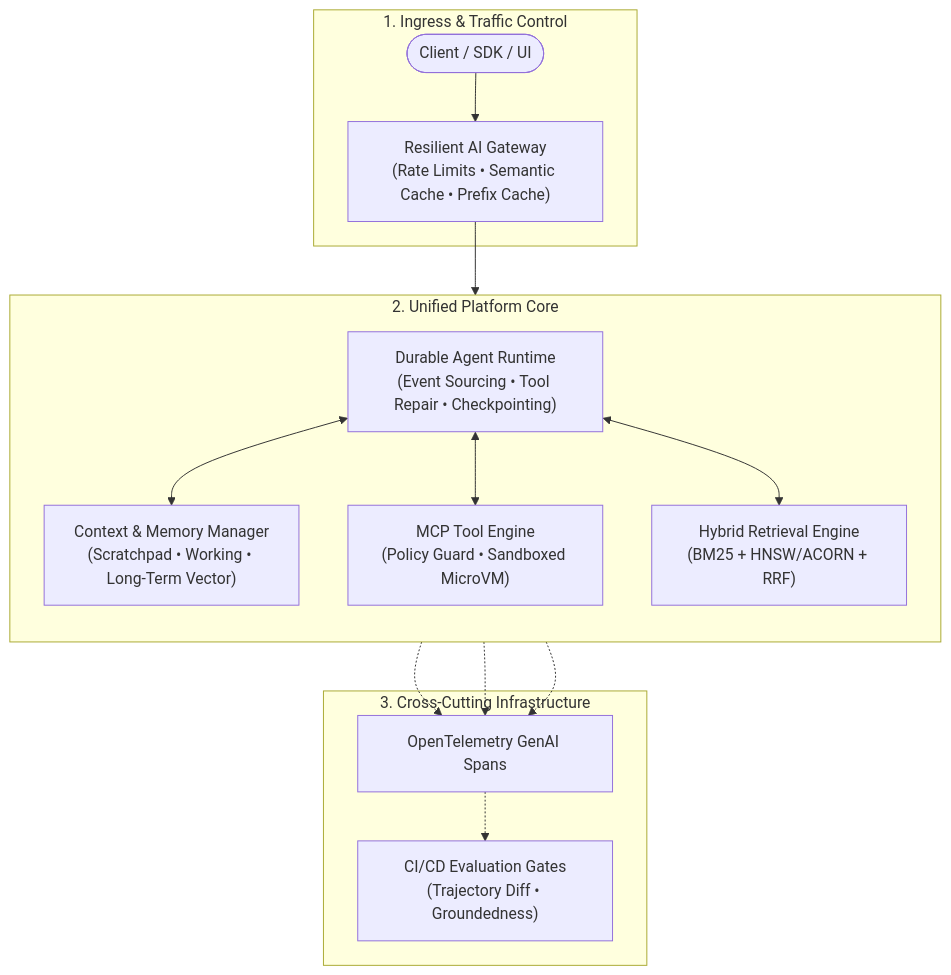
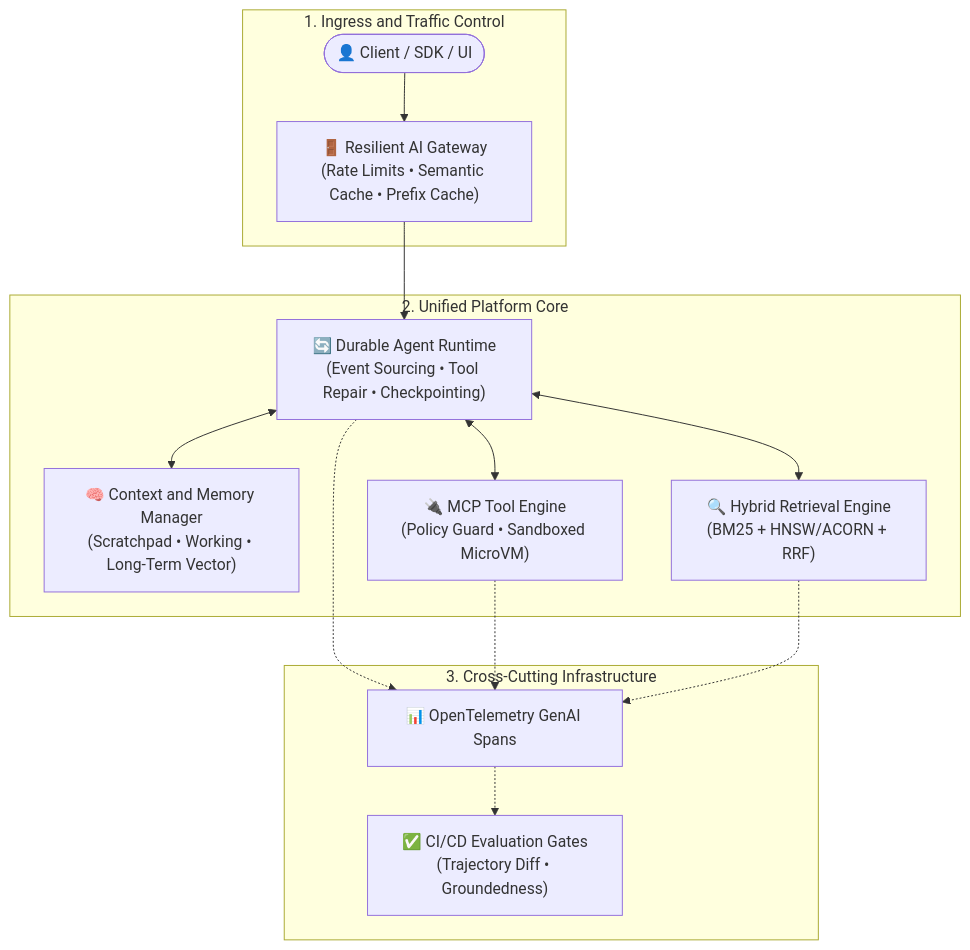
The first of 11 diagrams in ai-platform-and-agent-infrastructure-roadmap.md (dip4k/senior-engineer-to-ai-engineer-roadmap), drawn with Mermaid before and after one commit. The commit also changed other lines of this file and 94 other files, not shown here.

Commit message:
refactor(curriculum): complete Phase 04 upgrade and enforce diagram renderer invariants

````diff
--- a/ai-platform-and-agent-infrastructure-roadmap.md
+++ b/ai-platform-and-agent-infrastructure-roadmap.md
@@ -42,22 +42,21 @@
 ```mermaid
 flowchart TD
-    subgraph ClientPlane ["1. Ingress & Traffic Control"]
-        User(["Client / SDK / UI"]) --> Gateway["Resilient AI Gateway<br>(Rate Limits • Semantic Cache • Prefix Cache)"]
+    subgraph ClientPlane ["1. Ingress and Traffic Control"]
+        User(["👤 Client / SDK / UI"]) --> Gateway["🚪 Resilient AI Gateway<br>(Rate Limits • Semantic Cache • Prefix Cache)"]
     end
 
     subgraph PlatformPlane ["2. Unified Platform Core"]
-        direction TB
-        Gateway --> Orchestrator["Durable Agent Runtime<br>(Event Sourcing • Tool Repair • Checkpointing)"]
+        Gateway --> Orchestrator["🔄 Durable Agent Runtime<br>(Event Sourcing • Tool Repair • Checkpointing)"]
         
-        Orchestrator <--> ContextMgr["Context & Memory Manager<br>(Scratchpad • Working • Long-Term Vector)"]
-        Orchestrator <--> ToolEngine["MCP Tool Engine<br>(Policy Guard • Sandboxed MicroVM)"]
-        Orchestrator <--> HybridRAG["Hybrid Retrieval Engine<br>(BM25 + HNSW/ACORN + RRF)"]
+        Orchestrator <--> ContextMgr["🧠 Context and Memory Manager<br>(Scratchpad • Working • Long-Term Vector)"]
+        Orchestrator <--> ToolEngine["🔌 MCP Tool Engine<br>(Policy Guard • Sandboxed MicroVM)"]
+        Orchestrator <--> HybridRAG["🔍 Hybrid Retrieval Engine<br>(BM25 + HNSW/ACORN + RRF)"]
     end
 
     subgraph ObservabilityPlane ["3. Cross-Cutting Infrastructure"]
-        Orchestrator -.-> OTel["OpenTelemetry GenAI Spans"]
+        Orchestrator -.-> OTel["📊 OpenTelemetry GenAI Spans"]
         ToolEngine -.-> OTel
         HybridRAG -.-> OTel
-        OTel -.-> EvalGate["CI/CD Evaluation Gates<br>(Trajectory Diff • Groundedness)"]
+        OTel -.-> EvalGate["✅ CI/CD Evaluation Gates<br>(Trajectory Diff • Groundedness)"]
     end
 ```
````
